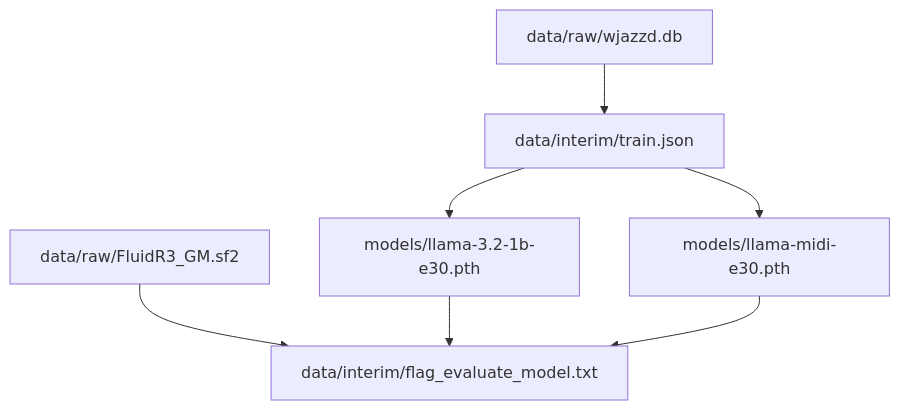
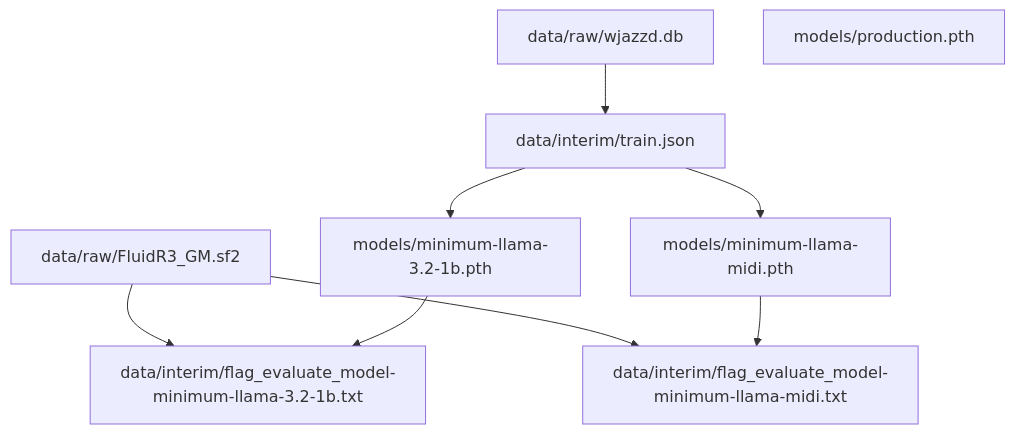
One commit to u-masao/melody-flow changed the second of 2 diagrams in PIPELINE.md. Above: the diagram before and after it, drawn with Mermaid. The commit also changed other lines of this file, not shown here.

Commit message:
update pipeline

````diff
--- a/PIPELINE.md
+++ b/PIPELINE.md
@@ -23,15 +26,18 @@
 ```mermaid
 flowchart TD
-	node1["data/interim/flag_evaluate_model.txt"]
-	node2["data/interim/train.json"]
-	node3["data/raw/FluidR3_GM.sf2"]
-	node4["data/raw/wjazzd.db"]
-	node5["models/llama-3.2-1b-e30.pth"]
-	node6["models/llama-midi-e30.pth"]
-	node2-->node5
-	node2-->node6
-	node3-->node1
+	node1["data/interim/flag_evaluate_model-minimum-llama-3.2-1b.txt"]
+	node2["data/interim/flag_evaluate_model-minimum-llama-midi.txt"]
+	node3["data/interim/train.json"]
+	node4["data/raw/FluidR3_GM.sf2"]
+	node5["data/raw/wjazzd.db"]
+	node6["models/minimum-llama-3.2-1b.pth"]
+	node7["models/minimum-llama-midi.pth"]
+	node3-->node6
+	node3-->node7
+	node4-->node1
 	node4-->node2
-	node5-->node1
+	node5-->node3
 	node6-->node1
+	node7-->node2
+	node8["models/production.pth"]
 ```
````
